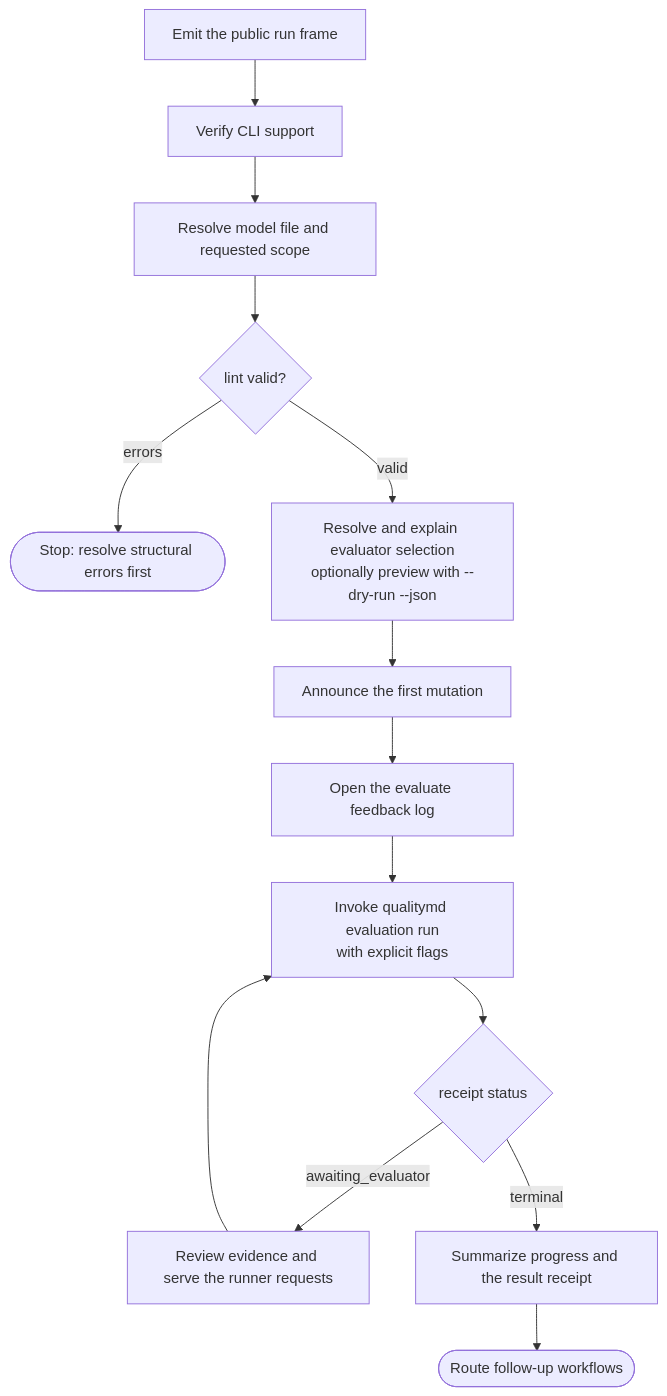
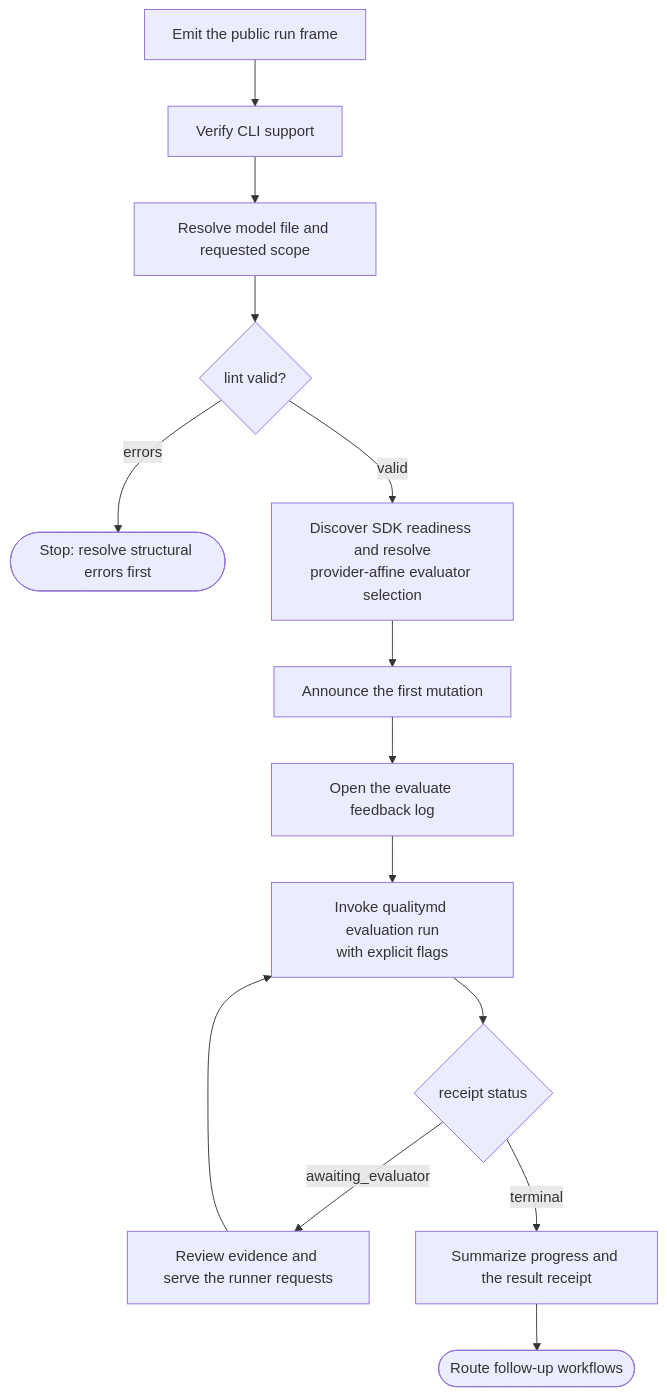
The diagram in specs/skills/quality-skill/evaluation.md (qualitymd/quality.md), drawn with Mermaid before and after one commit. The commit also changed other lines of this file and 16 other files, not shown here.

Commit message:
Implement provider-affine SDK evaluator selection

````diff
--- a/specs/skills/quality-skill/evaluation.md
+++ b/specs/skills/quality-skill/evaluation.md
@@ -244,16 +260,16 @@
 ```mermaid
 flowchart TD
     Frame[Emit the public run frame] --> Verify[Verify CLI support]
     Verify --> Resolve[Resolve model file and requested scope]
     Resolve --> Lint{lint valid?}
     Lint -->|errors| Stop([Stop: resolve structural errors first])
-    Lint -->|valid| Select[Resolve and explain evaluator selection<br/>optionally preview with --dry-run --json]
+    Lint -->|valid| Select[Discover SDK readiness and resolve<br/>provider-affine evaluator selection]
     Select --> Start[Announce the first mutation]
     Start --> Log[Open the evaluate feedback log]
     Log --> Run[Invoke qualitymd evaluation run<br/>with explicit flags]
     Run --> Receipt{receipt status}
     Receipt -->|awaiting_evaluator| Judge[Review evidence and serve the runner requests]
     Judge --> Run
     Receipt -->|terminal| Summarize[Summarize progress and the result receipt]
     Summarize --> Route([Route follow-up workflows])
 ```
````
